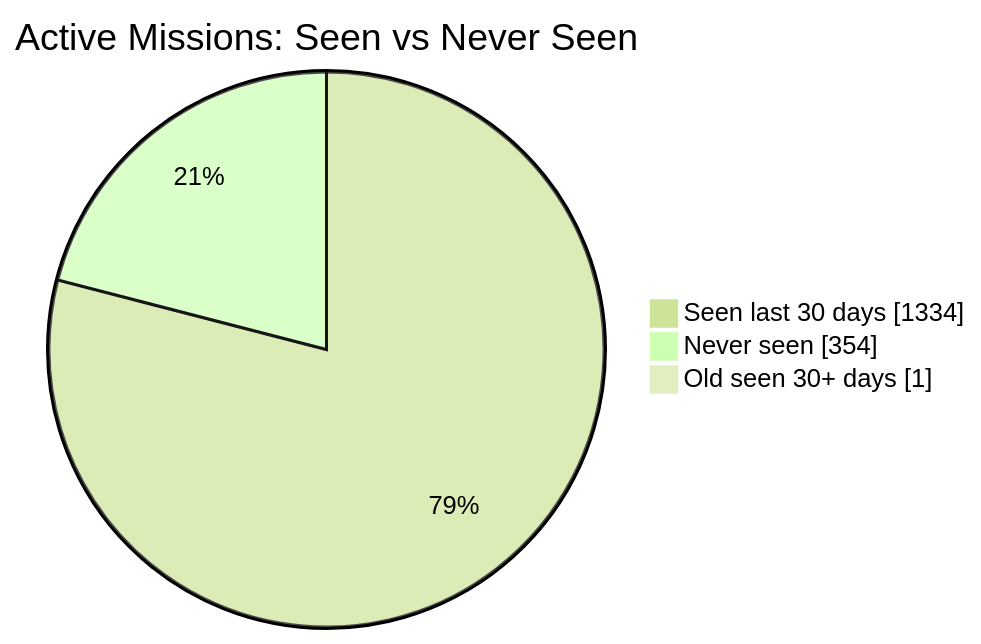
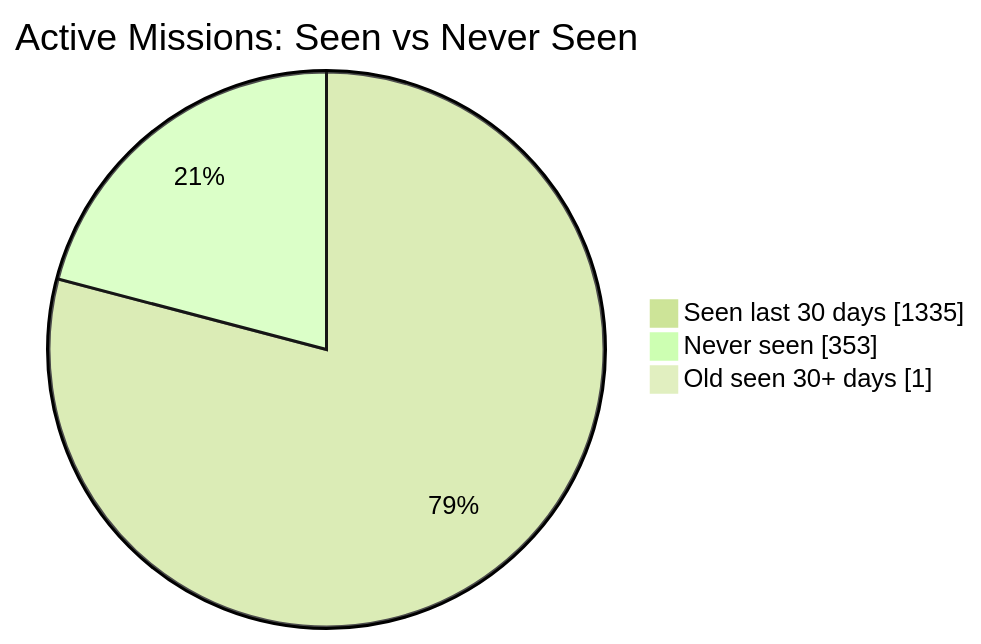
One commit to MeldkamerspelGameTeam/active-missions changed the first of 2 diagrams in README.md. Above: the diagram before and after it, drawn with Mermaid (forest theme). The commit also changed other lines of this file and 2 other files, not shown here.

````diff
--- a/README.md
+++ b/README.md
@@ -34,7 +34,7 @@
 ```mermaid
 pie showData
     title Active Missions: Seen vs Never Seen
-    "Seen last 30 days" : 1334
-    "Never seen" : 354
+    "Seen last 30 days" : 1335
+    "Never seen" : 353
     "Old seen 30+ days" : 1
 ```
````
